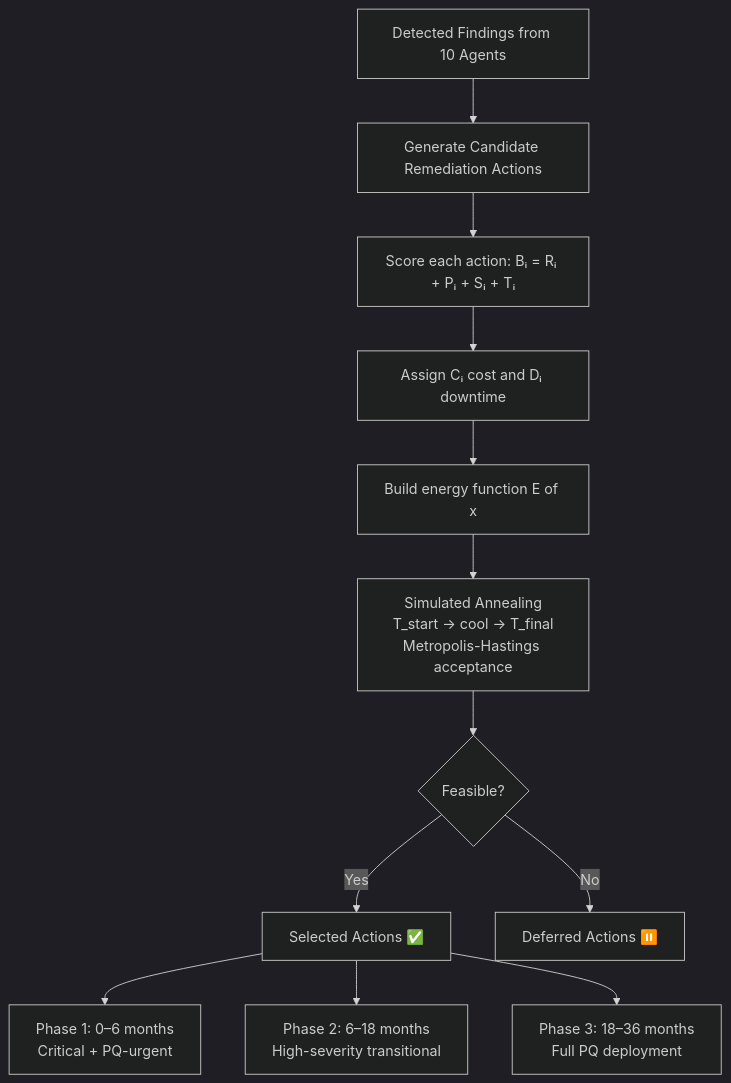
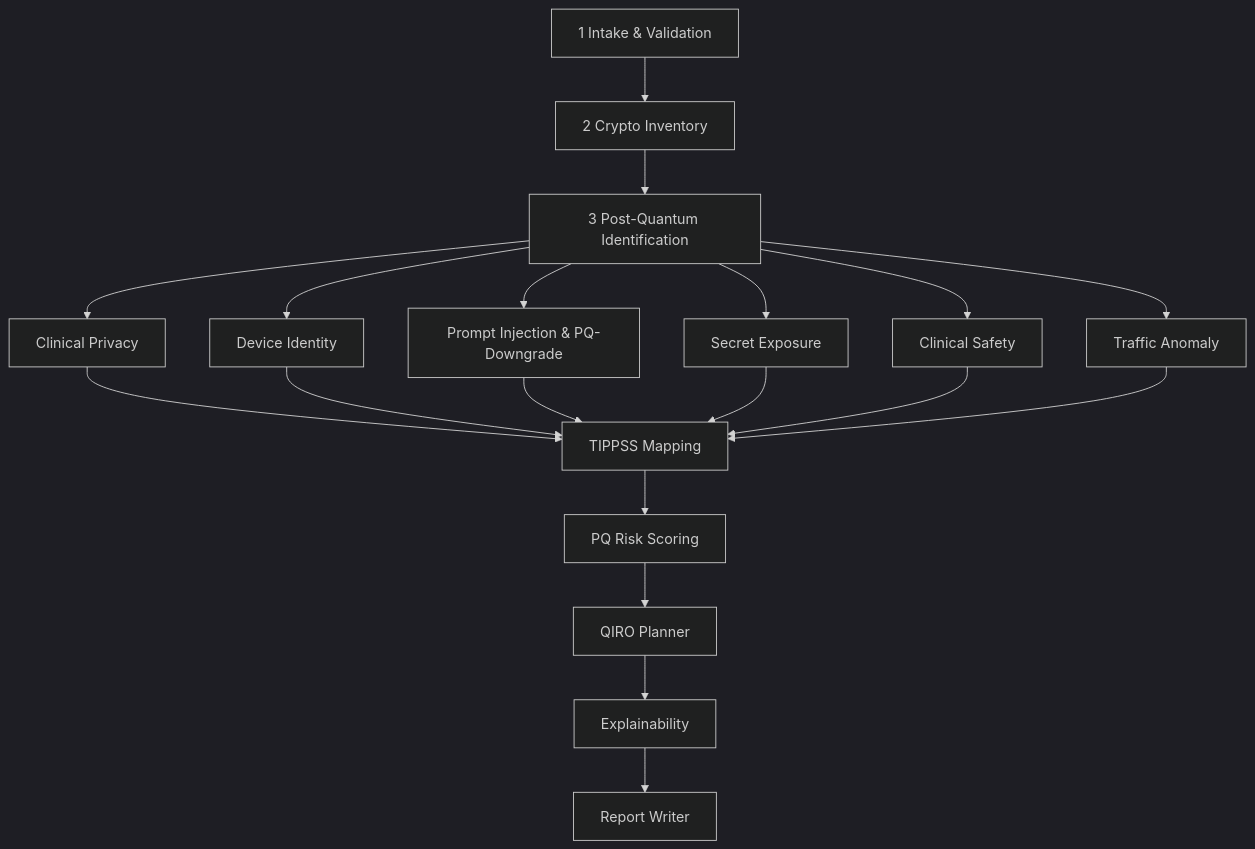
One commit to pavangemmanjunath-cell/PostQuantumSafe_IoT_Cybersecurity changed the second of 2 diagrams in README.md. Above: the diagram before and after it, drawn with Mermaid (dark theme). The commit also changed other lines of this file and 210 other files, not shown here.

First line of the commit message:
v0.1.0: agentic post-quantum testing framework built on IEEE 2933 TIPPSS

````diff
--- a/README.md
+++ b/README.md
@@ -824,14 +206,6 @@
 ```mermaid
-flowchart TD
-    A[Detected Findings from 10 Agents] --> B[Generate Candidate Remediation Actions]
-    B --> C[Score each action: Bᵢ = Rᵢ + Pᵢ + Sᵢ + Tᵢ]
-    C --> D[Assign Cᵢ cost and Dᵢ downtime]
-    D --> E[Build energy function E of x]
-    E --> F[Simulated Annealing\nT_start → cool → T_final\nMetropolis-Hastings acceptance]
-    F --> G{Feasible?}
-    G -->|Yes| H[Selected Actions ✅]
-    G -->|No| I[Deferred Actions ⏸️]
-    H --> J[Phase 1: 0–6 months\nCritical + PQ-urgent]
-    H --> K[Phase 2: 6–18 months\nHigh-severity transitional]
-    H --> L[Phase 3: 18–36 months\nFull PQ deployment]
+flowchart TB
+  A[1 Intake & Validation] --> B[2 Crypto Inventory] --> C[3 Post-Quantum Identification]
+  C --> D1[Clinical Privacy] & D2[Device Identity] & D3[Prompt Injection & PQ-Downgrade] & D4[Secret Exposure] & D5[Clinical Safety] & D6[Traffic Anomaly]
+  D1 & D2 & D3 & D4 & D5 & D6 --> E[TIPPSS Mapping] --> F[PQ Risk Scoring] --> G[QIRO Planner] --> H[Explainability] --> I[Report Writer]
 ```
````
